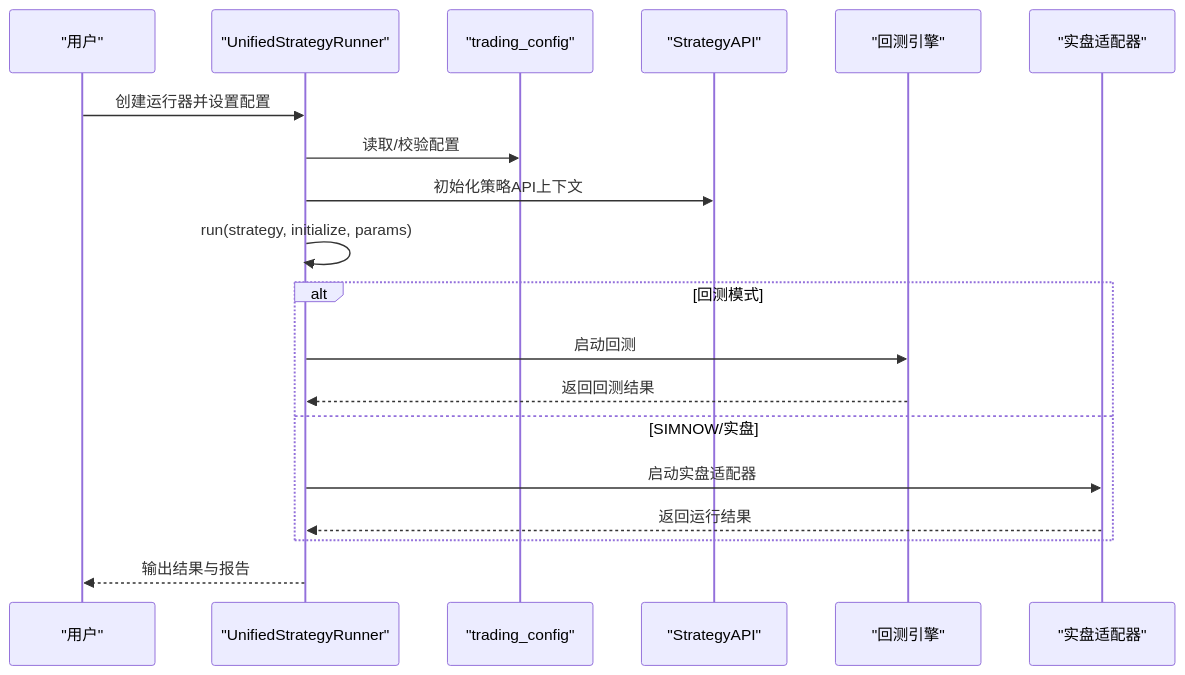
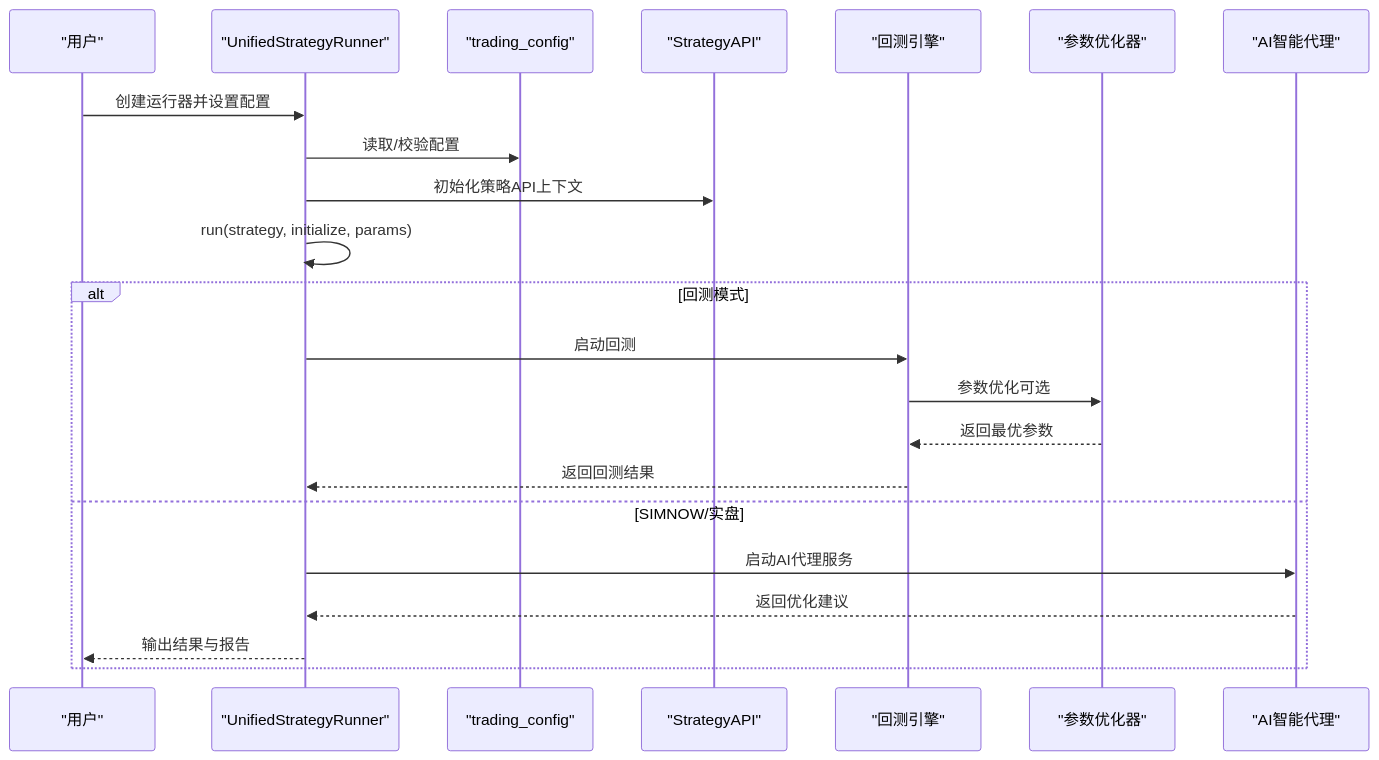
Before and after one commit to maxtwoon/ssquant: the second of 6 diagrams in .qoder/repowiki/zh/content/用户手册.md, drawn with Mermaid. The commit also changed other lines of this file and 21 other files, not shown here.

````diff
--- a/.qoder/repowiki/zh/content/用户手册.md
+++ b/.qoder/repowiki/zh/content/用户手册.md
@@ -136,21 +162,24 @@
 ```mermaid
 sequenceDiagram
 participant U as "用户"
 participant Runner as "UnifiedStrategyRunner"
 participant Config as "trading_config"
 participant API as "StrategyAPI"
 participant Backtest as "回测引擎"
-participant Live as "实盘适配器"
+participant Optimize as "参数优化器"
+participant Agent as "AI智能代理"
 U->>Runner : 创建运行器并设置配置
 Runner->>Config : 读取/校验配置
 Runner->>API : 初始化策略API上下文
 Runner->>Runner : run(strategy, initialize, params)
 alt 回测模式
 Runner->>Backtest : 启动回测
+Backtest->>Optimize : 参数优化可选
+Optimize-->>Backtest : 返回最优参数
 Backtest-->>Runner : 返回回测结果
 else SIMNOW/实盘
-Runner->>Live : 启动实盘适配器
-Live-->>Runner : 返回运行结果
+Runner->>Agent : 启动AI代理服务
+Agent-->>Runner : 返回优化建议
+Runner-->>U : 输出结果与报告
 end
-Runner-->>U : 输出结果与报告
 ```
````
